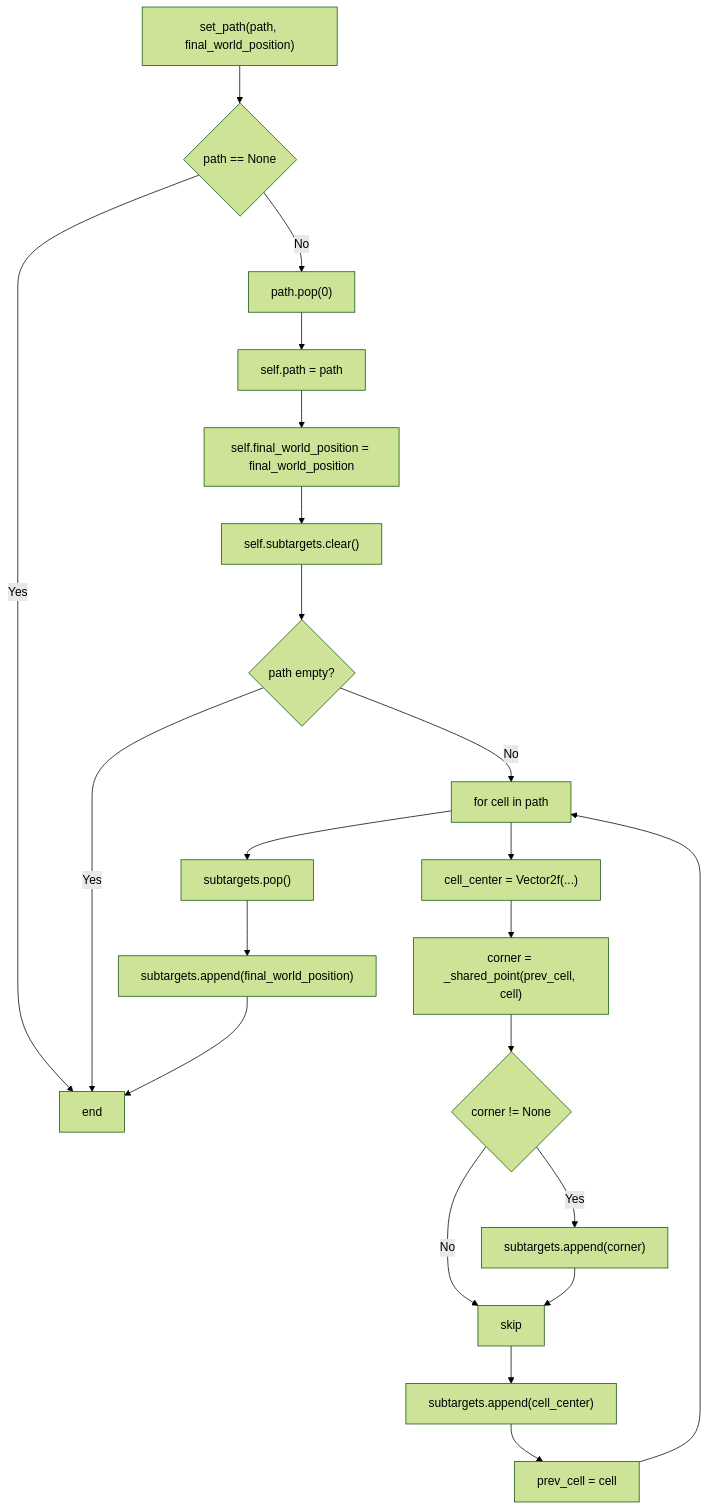
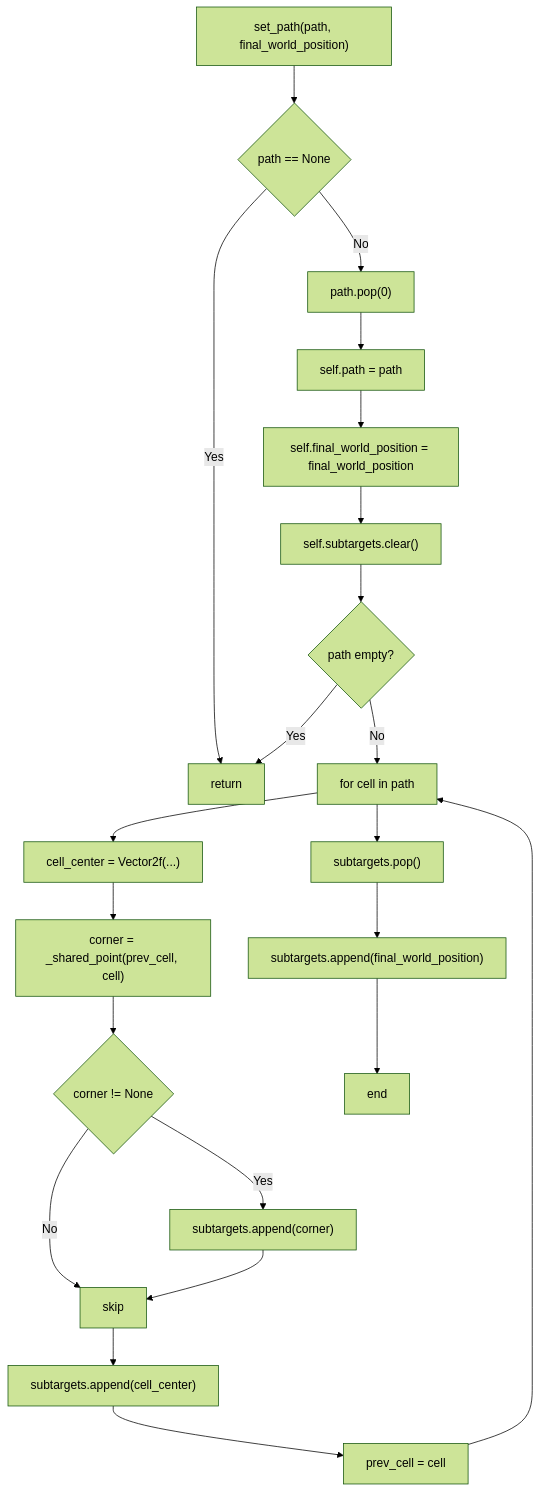
One commit to Askemanden/dasSpiel changed the tenth of 16 diagrams in README.md. Above: the diagram before and after it, drawn with Mermaid (forest theme). The commit also changed other lines of this file, not shown here.

Commit message:
Fix duplicate values in flowchart

````diff
--- a/README.md
+++ b/README.md
@@ -550,25 +550,25 @@
 ```mermaid
 flowchart TD
     A["set_path(path, final_world_position)"] --> B{"path == None"}
     B -- Yes --> Z["return"]
     B -- No --> C["path.pop(0)"]
     C --> D["self.path = path"]
     D --> E["self.final_world_position = final_world_position"]
     E --> F["self.subtargets.clear()"]
     F --> G{"path empty?"}
     G -- Yes --> Z["return"]
     G -- No --> H["for cell in path"]
     H --> I["cell_center = Vector2f(...)"]
     I --> J["corner = _shared_point(prev_cell, cell)"]
     J --> K{"corner != None"}
     K -- Yes --> L["subtargets.append(corner)"]
     K -- No --> M["skip"]
     L --> M
     M --> N["subtargets.append(cell_center)"]
     N --> O["prev_cell = cell"]
     O --> H
     H --> P["subtargets.pop()"]
     P --> Q["subtargets.append(final_world_position)"]
-    Q --> Z["end"]
+    Q --> Y["end"]
 
 ```
````
